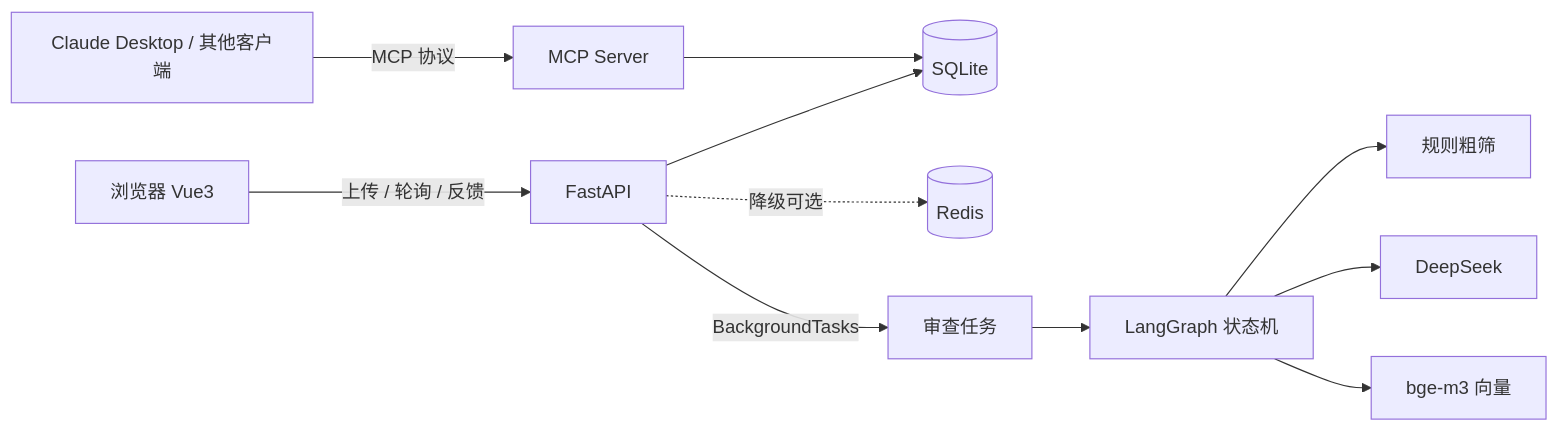
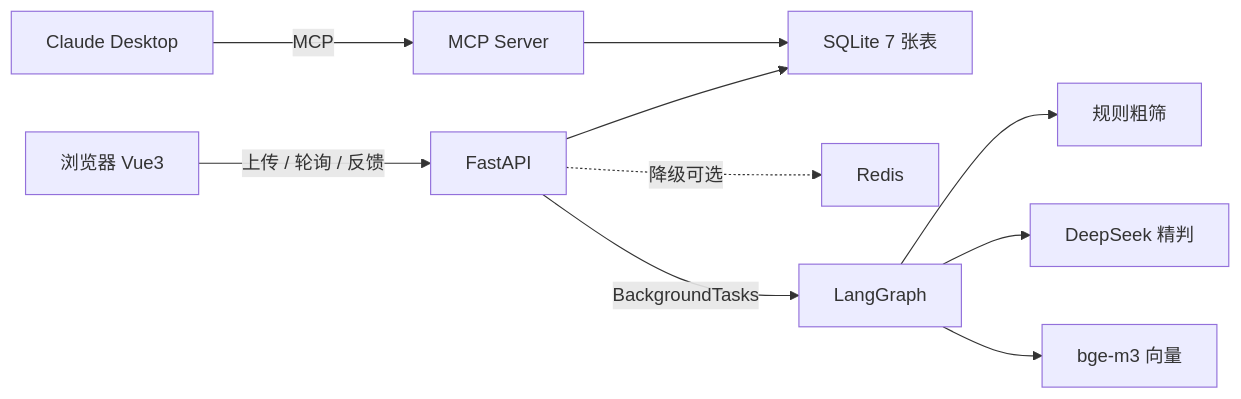
One commit to adsorry3/contractguard changed the diagram in README.md. Above: the diagram before and after it, drawn with Mermaid.

Commit message:
修复 mermaid 架构图语法：标签加引号、简化连线，避免 GitHub 渲染失败

````diff
--- a/README.md
+++ b/README.md
@@ -41,13 +41,12 @@
 ```mermaid
 flowchart LR
-    UI[浏览器 Vue3] -->|上传 / 轮询 / 反馈| API[FastAPI]
-    API --> DB[(SQLite)]
-    API -.降级可选.-> RD[(Redis)]
-    API -->|BackgroundTasks| TASK[审查任务]
-    TASK --> G[LangGraph 状态机]
-    G --> RULE[规则粗筛]
-    G --> LLM[DeepSeek]
-    G --> EMB[bge-m3 向量]
-    MCP[MCP Server] --> DB
-    CD[Claude Desktop / 其他客户端] -->|MCP 协议| MCP
+    UI["浏览器 Vue3"] -->|"上传 / 轮询 / 反馈"| API["FastAPI"]
+    API --> DB["SQLite 7 张表"]
+    API -.->|"降级可选"| RD["Redis"]
+    API -->|"BackgroundTasks"| G["LangGraph"]
+    G --> RULE["规则粗筛"]
+    G --> LLM["DeepSeek 精判"]
+    G --> EMB["bge-m3 向量"]
+    MCP["MCP Server"] --> DB
+    CD["Claude Desktop"] -->|"MCP"| MCP
 ```
````
